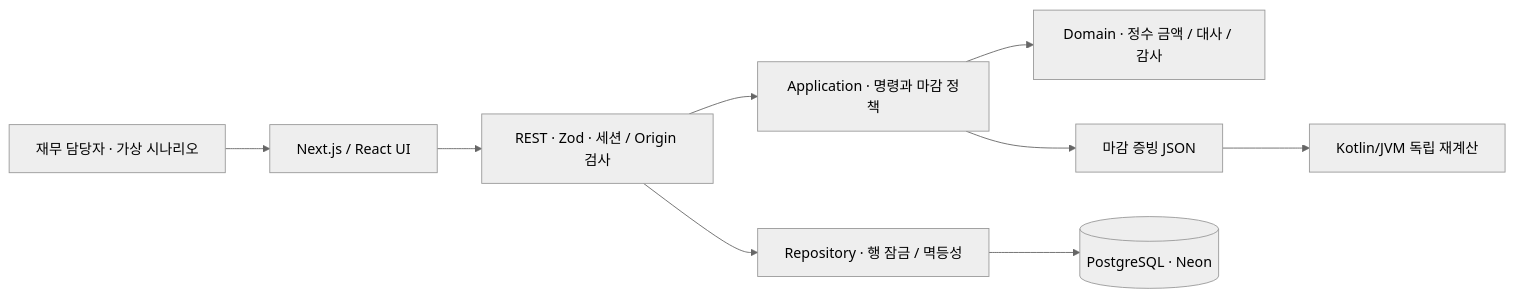
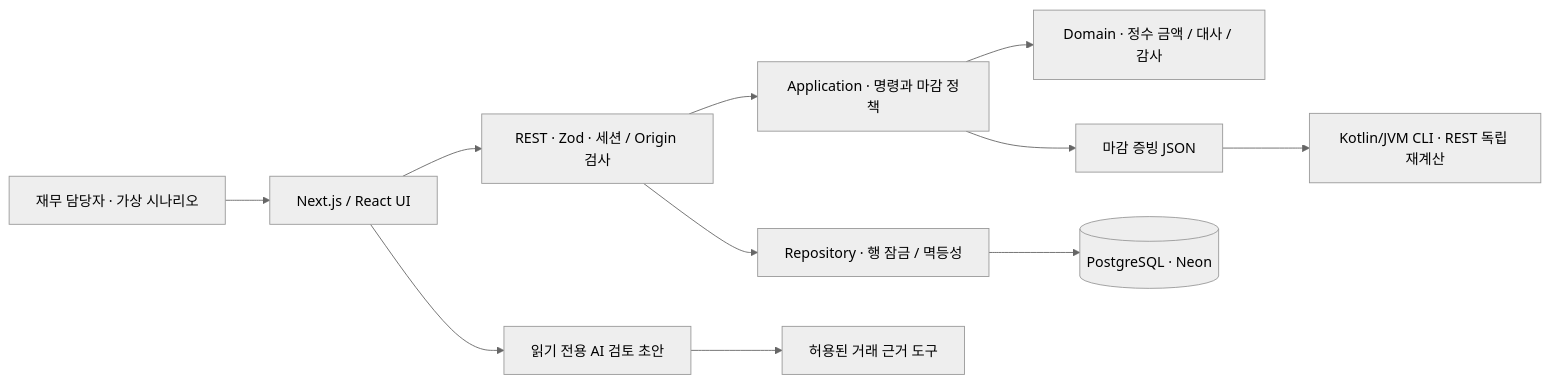
The diagram in README.md (kwakhyun/closepilot), drawn with Mermaid (neutral theme) before and after one commit. The commit also changed other lines of this file and 44 other files, not shown here.

````diff
--- a/README.md
+++ b/README.md
@@ -66,11 +72,13 @@
 ```mermaid
 flowchart LR
   User[재무 담당자 · 가상 시나리오] --> UI[Next.js / React UI]
   UI --> API[REST · Zod · 세션 / Origin 검사]
+  UI --> Agent[읽기 전용 AI 검토 초안]
+  Agent --> Evidence[허용된 거래 근거 도구]
   API --> App[Application · 명령과 마감 정책]
   App --> Domain[Domain · 정수 금액 / 대사 / 감사]
   API --> Repo[Repository · 행 잠금 / 멱등성]
   Repo --> DB[(PostgreSQL · Neon)]
   App --> Package[마감 증빙 JSON]
-  Package --> Kotlin[Kotlin/JVM 독립 재계산]
+  Package --> Kotlin[Kotlin/JVM CLI · REST 독립 재계산]
 ```
````
